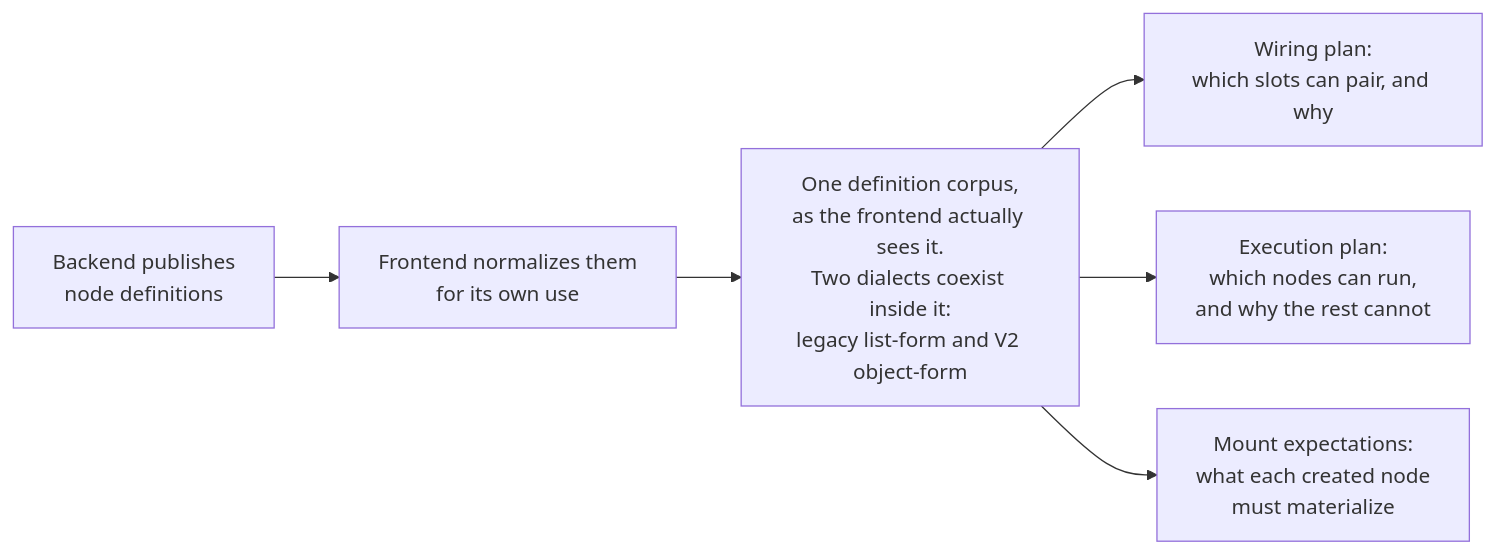
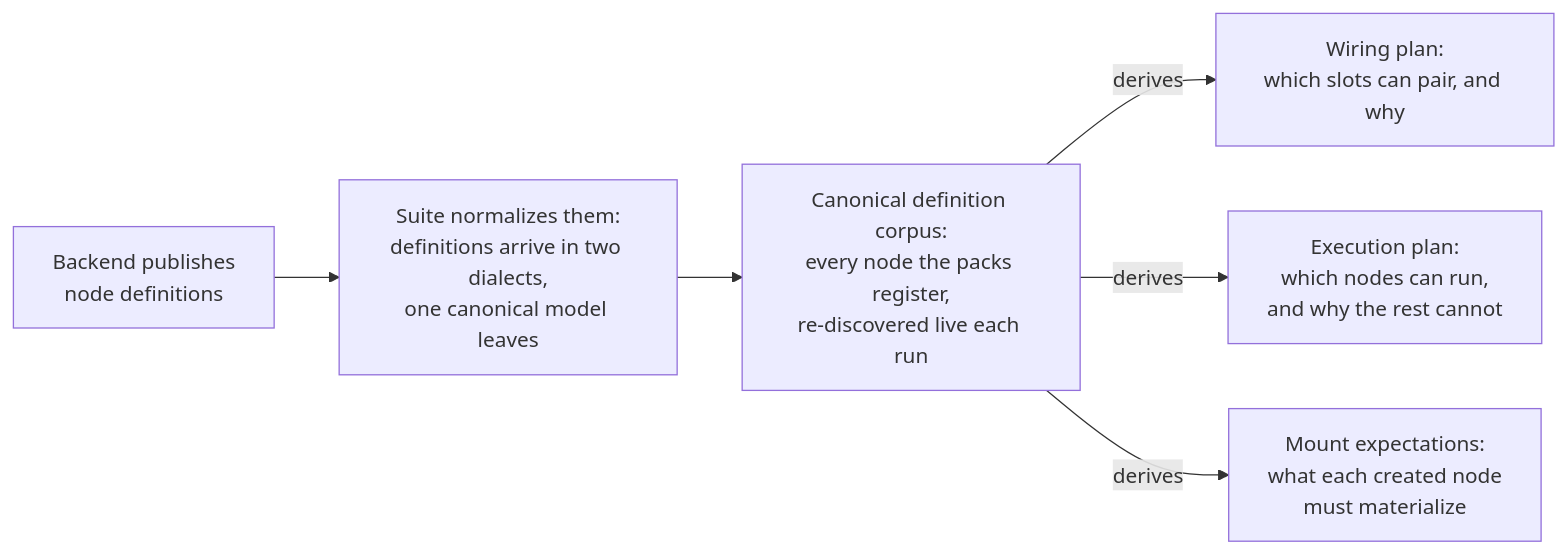
The third of 8 diagrams in browser_tests/tests/customNodes/ARCHITECTURE.md (Comfy-Org/ComfyUI_frontend), drawn with Mermaid before and after one commit. The commit also changed other lines of this file, not shown here.

First line of the commit message:
docs(custom-nodes): redraw D2/D3 for single-flow readability

````diff
--- a/browser_tests/tests/customNodes/ARCHITECTURE.md
+++ b/browser_tests/tests/customNodes/ARCHITECTURE.md
@@ -202,8 +195,8 @@
 ```mermaid
 flowchart LR
-    PUB["Backend publishes<br/>node definitions"] --> XF["Frontend normalizes them<br/>for its own use"]
-    XF --> CORPUS["One definition corpus,<br/>as the frontend actually sees it.<br/>Two dialects coexist inside it:<br/>legacy list-form and V2 object-form"]
-    CORPUS --> W["Wiring plan:<br/>which slots can pair, and why"]
-    CORPUS --> X["Execution plan:<br/>which nodes can run,<br/>and why the rest cannot"]
-    CORPUS --> M["Mount expectations:<br/>what each created node<br/>must materialize"]
+    PUB["Backend publishes<br/>node definitions"] --> NORM["Suite normalizes them:<br/>definitions arrive in two dialects,<br/>one canonical model leaves"]
+    NORM --> CORPUS["Canonical definition corpus:<br/>every node the packs register,<br/>re-discovered live each run"]
+    CORPUS -->|"derives"| W["Wiring plan:<br/>which slots can pair, and why"]
+    CORPUS -->|"derives"| X["Execution plan:<br/>which nodes can run,<br/>and why the rest cannot"]
+    CORPUS -->|"derives"| M["Mount expectations:<br/>what each created node<br/>must materialize"]
 ```
````
